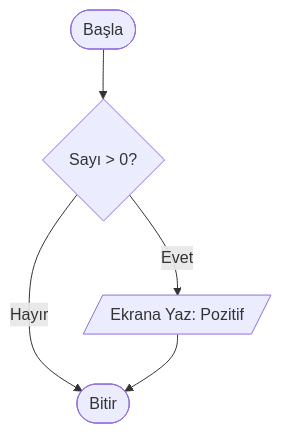
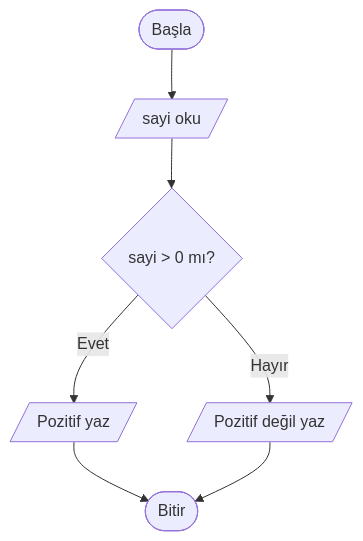
The second of 5 diagrams in Topics/04-Decision-Structures.md (abdullatifkaban/Algorithm), drawn with Mermaid before and after one commit. The commit also changed other lines of this file and 33 other files, not shown here.

````diff
--- a/Topics/04-Decision-Structures.md
+++ b/Topics/04-Decision-Structures.md
@@ -73,8 +181,9 @@
 ```mermaid
 flowchart TD
-    A([Başla]) --> B{Sayı > 0?}
-    B -- Evet --> C[/Ekrana Yaz: Pozitif/]
-    B -- Hayır --> D([Bitir])
-    C --> D
-
+    A(["Başla"]) --> B[/"sayi oku"/]
+    B --> C{"sayi > 0 mı?"}
+    C -->|"Evet"| D[/"Pozitif yaz"/]
+    C -->|"Hayır"| E[/"Pozitif değil yaz"/]
+    D --> F(["Bitir"])
+    E --> F
 ```
````
